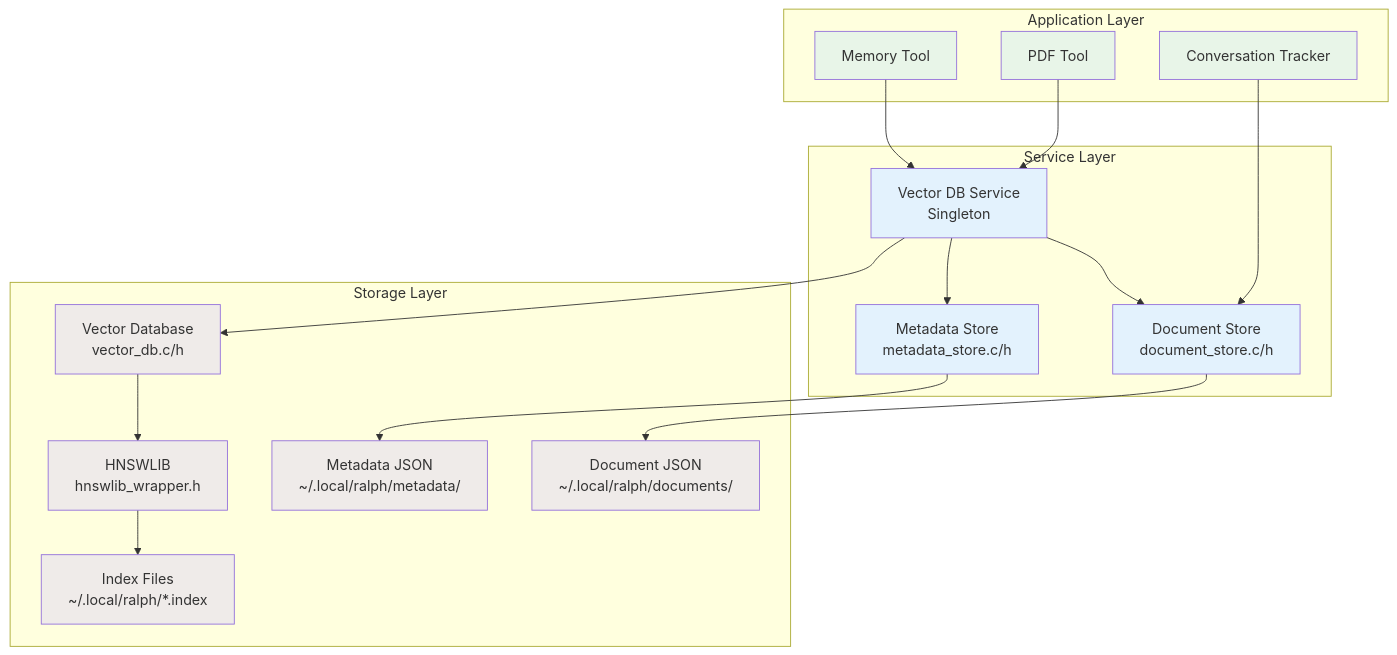
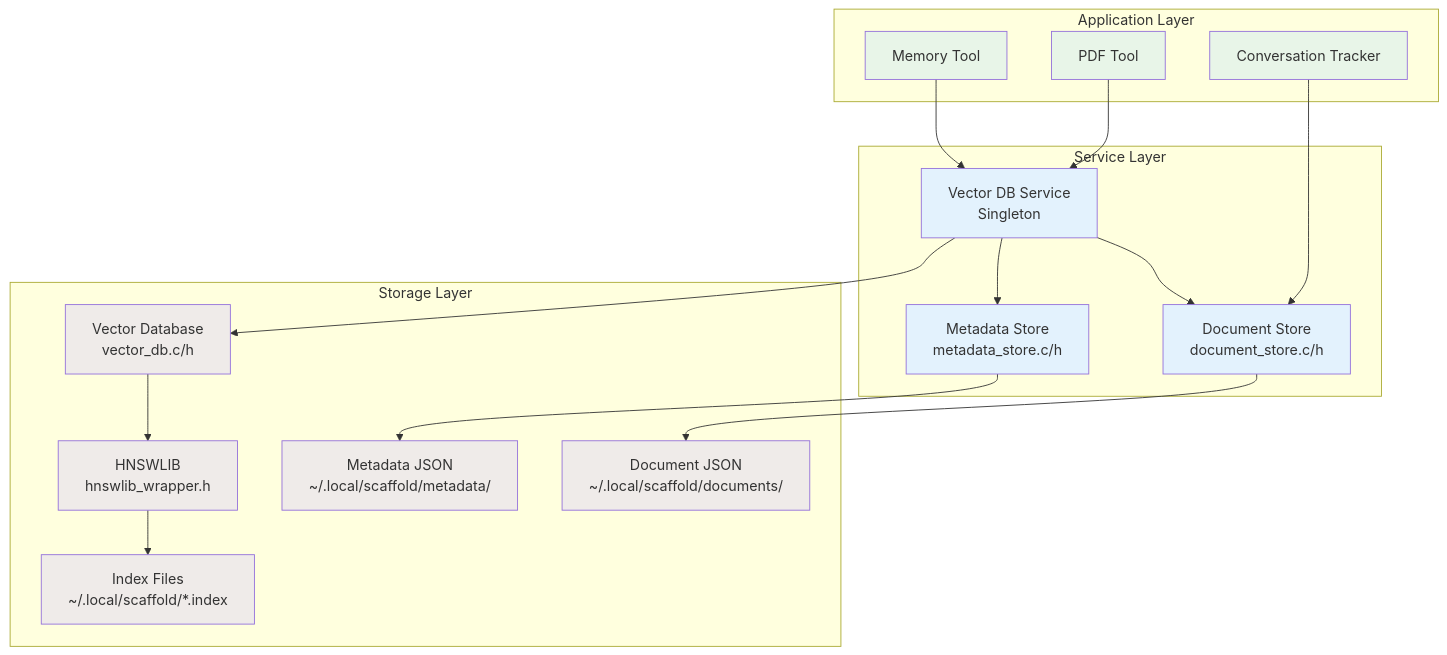
One commit to tgittos/scaffold changed diagram 16 of 16 in ARCHITECTURE.md. Above: the diagram before and after it, drawn with Mermaid. The commit also changed other lines of this file and 58 other files, not shown here.

First line of the commit message:
Eliminate ralph binary, consolidate to single scaffold binary

````diff
--- a/ARCHITECTURE.md
+++ b/ARCHITECTURE.md
@@ -814,43 +814,43 @@
 ```mermaid
 graph TB
     subgraph Application Layer
         MemoryTool[Memory Tool]
         PDFTool[PDF Tool]
         ConvTracker[Conversation Tracker]
     end
 
     subgraph Service Layer
         VectorDBService[Vector DB Service<br/>Singleton]
         DocumentStore[Document Store<br/>document_store.c/h]
         MetadataStore[Metadata Store<br/>metadata_store.c/h]
     end
 
     subgraph Storage Layer
         VectorDB[Vector Database<br/>vector_db.c/h]
         HNSWLib[HNSWLIB<br/>hnswlib_wrapper.h]
-        DocJSON[Document JSON<br/>~/.local/ralph/documents/]
-        MetaJSON[Metadata JSON<br/>~/.local/ralph/metadata/]
-        IndexFiles[Index Files<br/>~/.local/ralph/*.index]
+        DocJSON[Document JSON<br/>~/.local/scaffold/documents/]
+        MetaJSON[Metadata JSON<br/>~/.local/scaffold/metadata/]
+        IndexFiles[Index Files<br/>~/.local/scaffold/*.index]
     end
 
     MemoryTool --> VectorDBService
     PDFTool --> VectorDBService
     ConvTracker --> DocumentStore
 
     VectorDBService --> DocumentStore
     VectorDBService --> MetadataStore
     VectorDBService --> VectorDB
 
     DocumentStore --> DocJSON
     MetadataStore --> MetaJSON
     VectorDB --> HNSWLib
     HNSWLib --> IndexFiles
 
     classDef app fill:#e8f5e8
     classDef service fill:#e3f2fd
     classDef storage fill:#efebe9
 
     class MemoryTool,PDFTool,ConvTracker app
     class VectorDBService,DocumentStore,MetadataStore service
     class VectorDB,HNSWLib,DocJSON,MetaJSON,IndexFiles storage
 ```
````
